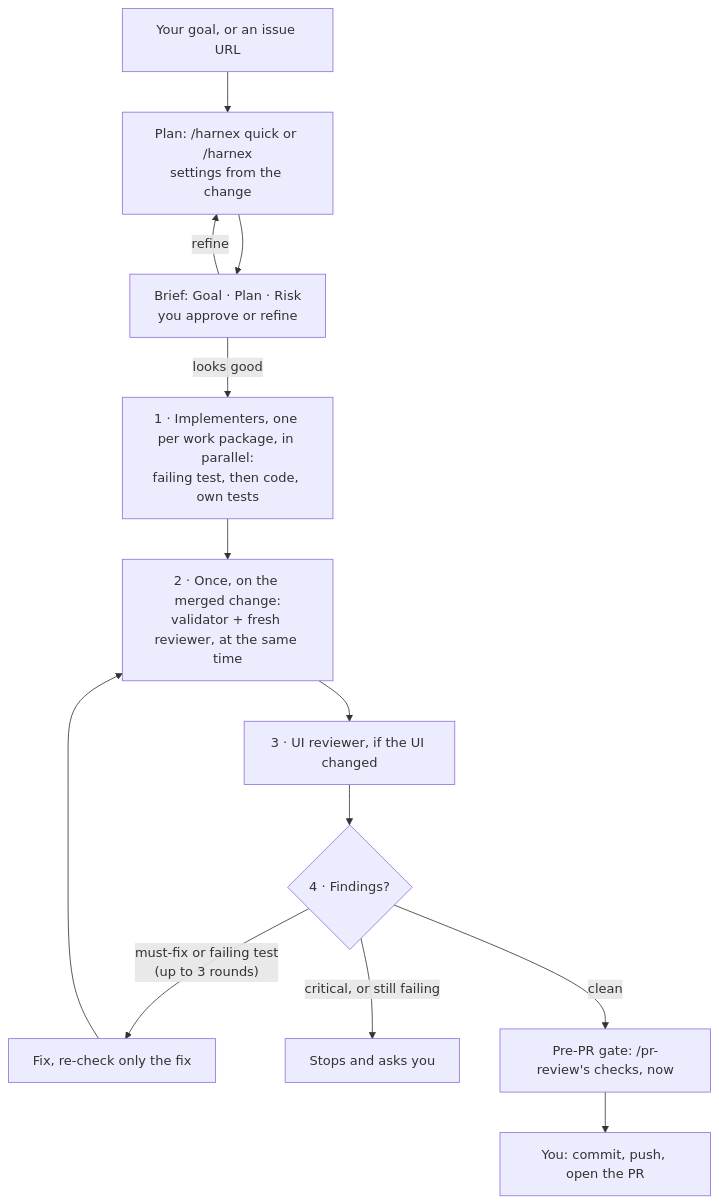
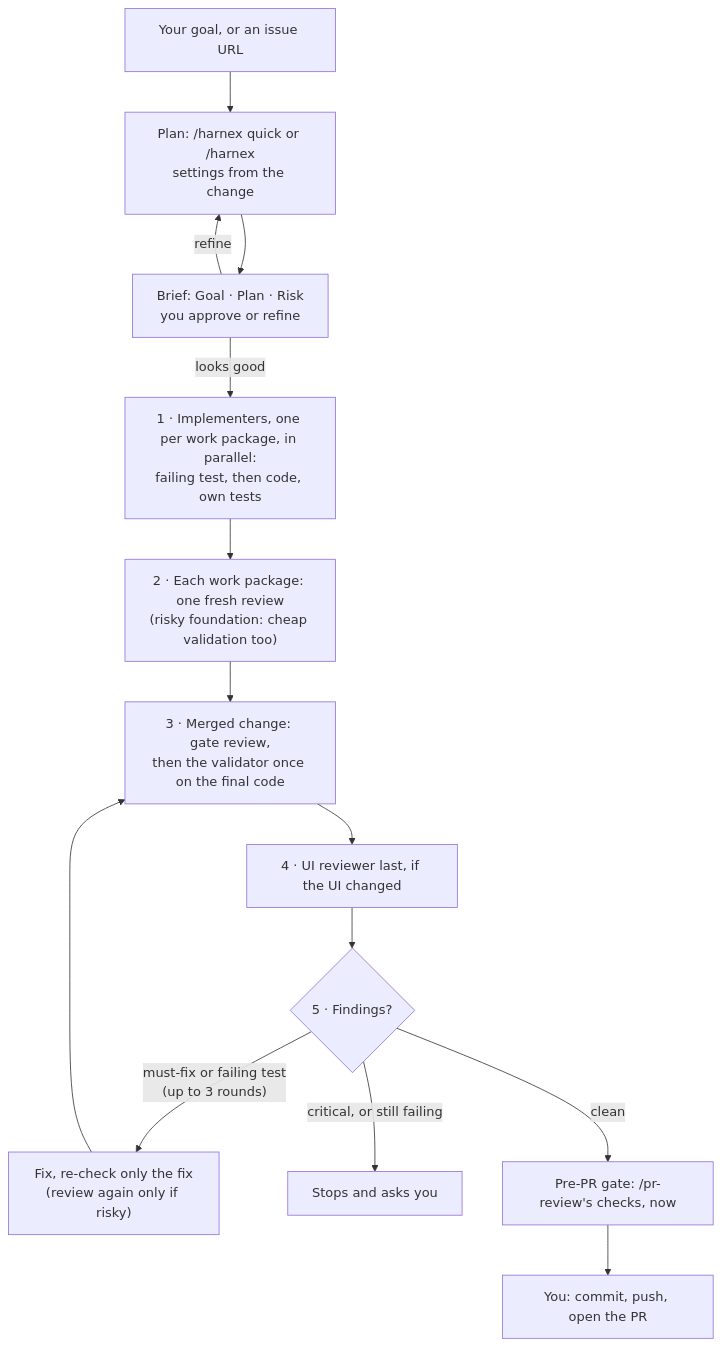
Before and after one commit to tankibaj/harnex: the diagram in README.md, drawn with Mermaid. The commit also changed other lines of this file and 9 other files, not shown here.

First line of the commit message:
feat(skills): review every WP once, run the validator once on the final code

````diff
--- a/README.md
+++ b/README.md
@@ -70,13 +70,14 @@
 ```mermaid
 flowchart TD
   ask["Your goal, or an issue URL"] --> plan["Plan: /harnex quick or /harnex<br/>settings from the change"]
   plan --> brief["Brief: Goal · Plan · Risk<br/>you approve or refine"]
   brief -- "refine" --> plan
   brief -- "looks good" --> build["1 · Implementers, one per work package, in parallel:<br/>failing test, then code, own tests"]
-  build --> check["2 · Once, on the merged change:<br/>validator + fresh reviewer, at the same time"]
-  check --> ui["3 · UI reviewer, if the UI changed"]
-  ui --> found{"4 · Findings?"}
-  found -- "must-fix or failing test<br/>(up to 3 rounds)" --> fix["Fix, re-check only the fix"] --> check
+  build --> wp["2 · Each work package: one fresh review<br/>(risky foundation: cheap validation too)"]
+  wp --> check["3 · Merged change: gate review,<br/>then the validator once on the final code"]
+  check --> ui["4 · UI reviewer last, if the UI changed"]
+  ui --> found{"5 · Findings?"}
+  found -- "must-fix or failing test<br/>(up to 3 rounds)" --> fix["Fix, re-check only the fix<br/>(review again only if risky)"] --> check
   found -- "critical, or still failing" --> you["Stops and asks you"]
   found -- "clean" --> gate["Pre-PR gate: /pr-review's checks, now"] --> ship["You: commit, push, open the PR"]
 ```
````
